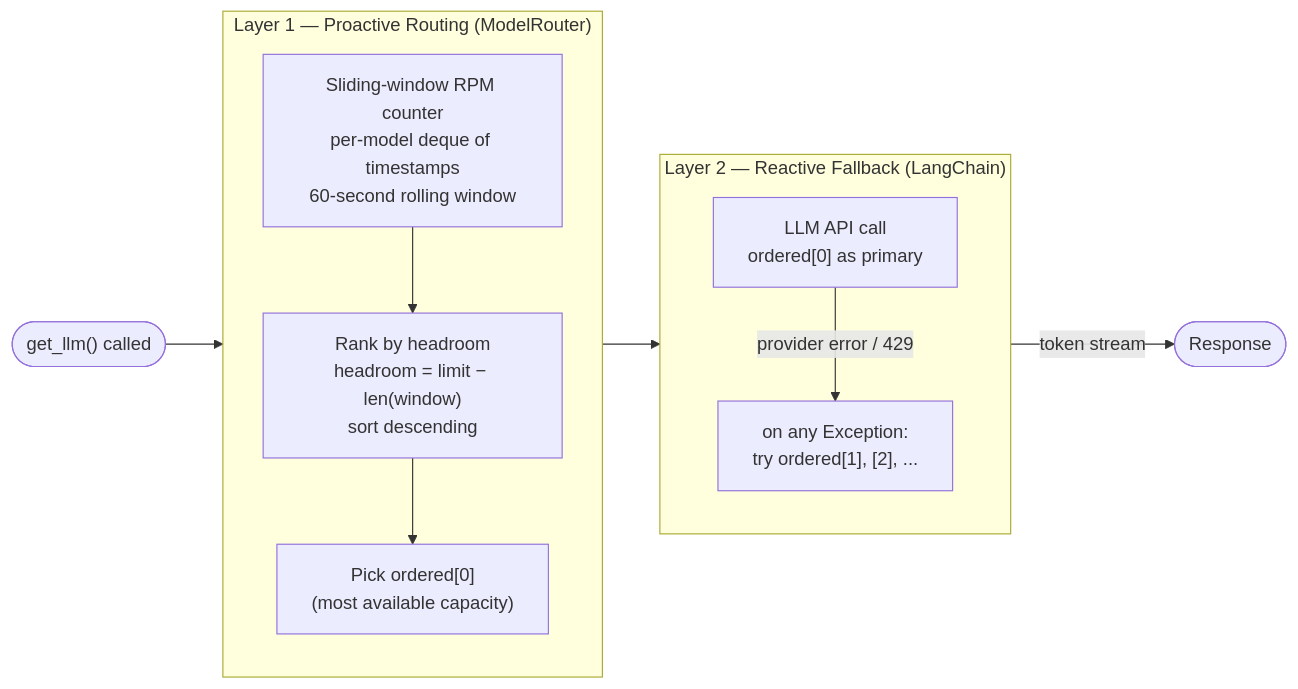
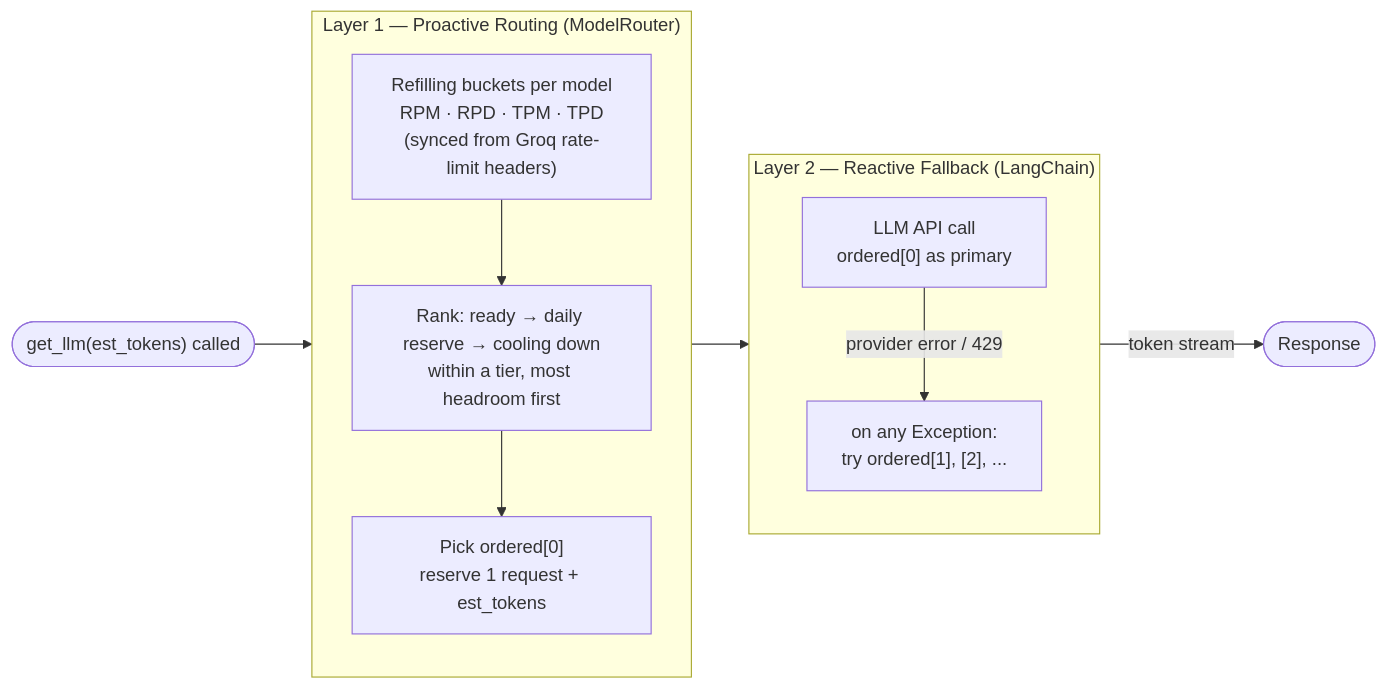
The second of 4 diagrams in Architecture.md (qphase-ai/Q-Learn), drawn with Mermaid before and after one commit. The commit also changed other lines of this file and 1 other file, not shown here.

First line of the commit message:
docs(llm): document Groq rate limits and measured router capacity

````diff
--- a/Architecture.md
+++ b/Architecture.md
@@ -141,22 +141,22 @@
 ```mermaid
 flowchart LR
-    REQ(["get_llm() called"])
+    REQ(["get_llm(est_tokens) called"])
 
     subgraph L1["Layer 1 — Proactive Routing (ModelRouter)"]
         direction TB
-        WINDOW["Sliding-window RPM counter\nper-model deque of timestamps\n60-second rolling window"]
-        RANK["Rank by headroom\nheadroom = limit − len(window)\nsort descending"]
-        PICK["Pick ordered[0]\n(most available capacity)"]
+        WINDOW["Refilling buckets per model\nRPM · RPD · TPM · TPD\n(synced from Groq rate-limit headers)"]
+        RANK["Rank: ready → daily reserve → cooling down\nwithin a tier, most headroom first"]
+        PICK["Pick ordered[0]\nreserve 1 request + est_tokens"]
         WINDOW --> RANK --> PICK
     end
 
     subgraph L2["Layer 2 — Reactive Fallback (LangChain)"]
         direction TB
         CALL["LLM API call\nordered[0] as primary"]
         FB["on any Exception:\ntry ordered[1], [2], ..."]
         CALL -->|"provider error / 429"| FB
     end
 
     REQ --> L1 --> L2
     L2 -->|"token stream"| RESP(["Response"])
 ```
````
